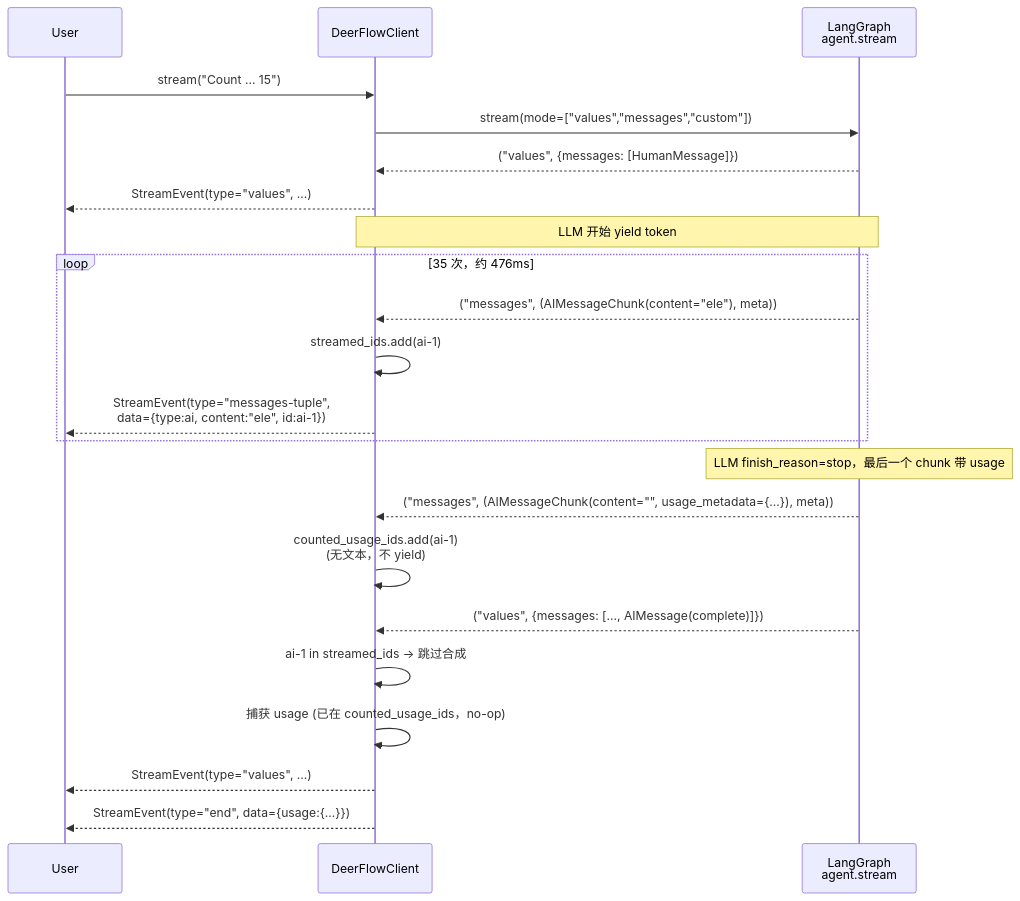
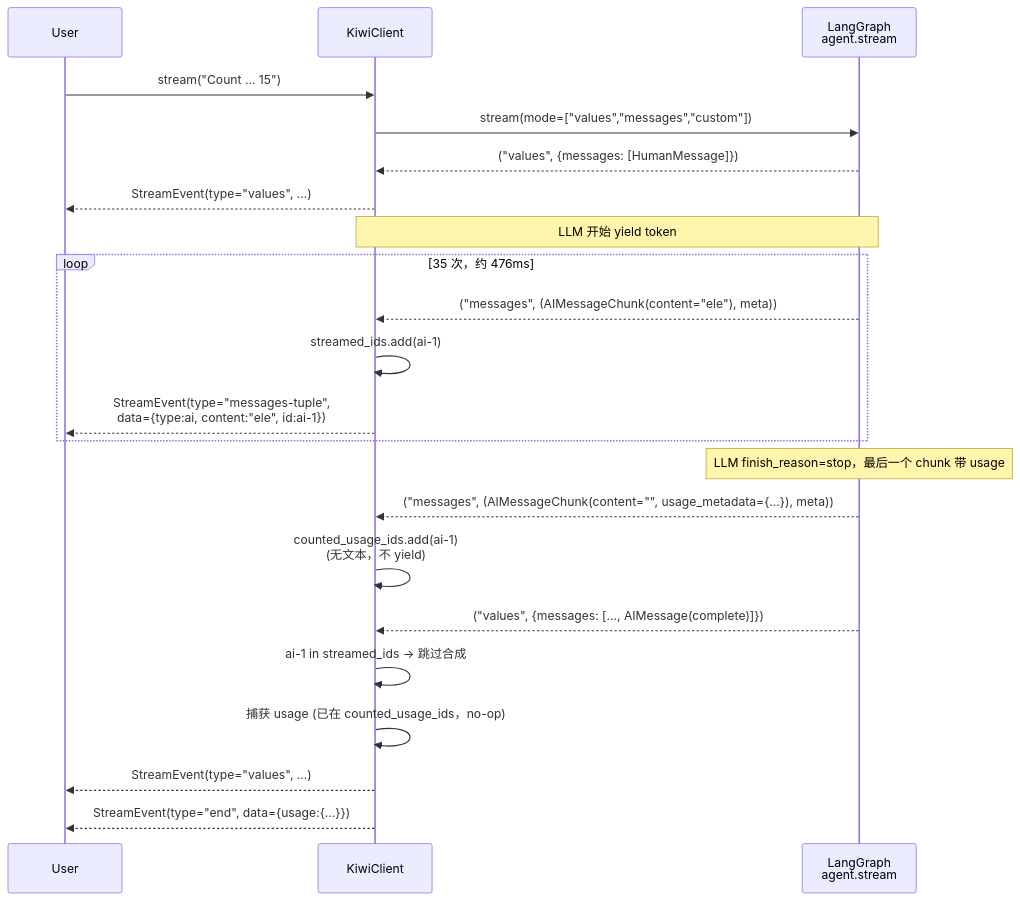
The fifth of 5 diagrams in backend/docs/STREAMING.md (Kvn11/kiwi-flow), drawn with Mermaid before and after one commit. The commit also changed other lines of this file and 135 other files, not shown here.

First line of the commit message:
chore: rename docker/skills/workspace/code identifiers deer-flow -> kiwi-flow, DeerFlow -> Kiwi

````diff
--- a/backend/docs/STREAMING.md
+++ b/backend/docs/STREAMING.md
@@ -252,30 +252,30 @@
 ```mermaid
 sequenceDiagram
     participant U as User
-    participant C as DeerFlowClient
+    participant C as KiwiClient
     participant A as LangGraph<br/>agent.stream
 
     U->>C: stream("Count ... 15")
     C->>A: stream(mode=["values","messages","custom"])
 
     A-->>C: ("values", {messages: [HumanMessage]})
     C-->>U: StreamEvent(type="values", ...)
 
     Note over A,C: LLM 开始 yield token
     loop 35 次，约 476ms
         A-->>C: ("messages", (AIMessageChunk(content="ele"), meta))
         C->>C: streamed_ids.add(ai-1)
         C-->>U: StreamEvent(type="messages-tuple",<br/>data={type:ai, content:"ele", id:ai-1})
     end
 
     Note over A: LLM finish_reason=stop，最后一个 chunk 带 usage
     A-->>C: ("messages", (AIMessageChunk(content="", usage_metadata={...}), meta))
     C->>C: counted_usage_ids.add(ai-1)<br/>(无文本，不 yield)
 
     A-->>C: ("values", {messages: [..., AIMessage(complete)]})
     C->>C: ai-1 in streamed_ids → 跳过合成
     C->>C: 捕获 usage (已在 counted_usage_ids，no-op)
     C-->>U: StreamEvent(type="values", ...)
 
     C-->>U: StreamEvent(type="end", data={usage:{...}})
 ```
````
